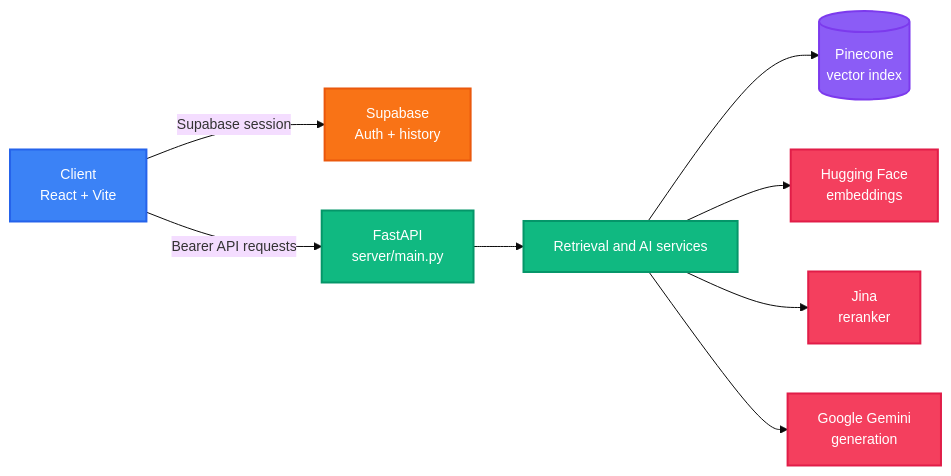
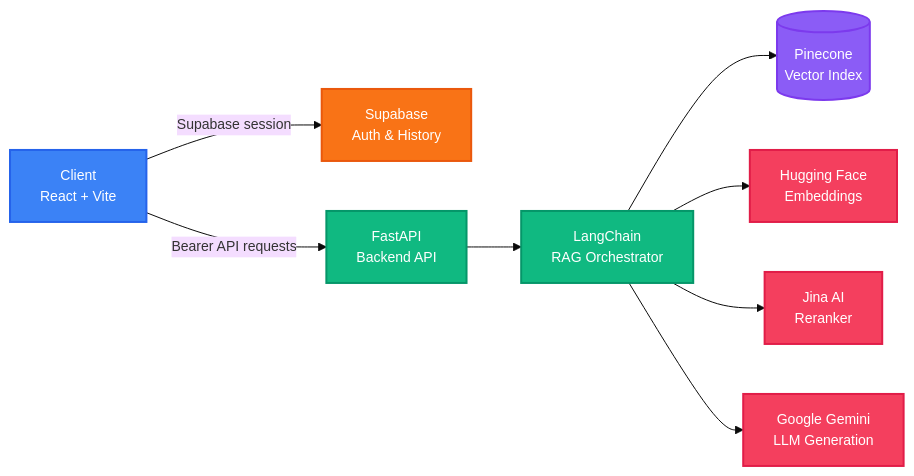
The diagram in README.md (tajul06/AI-Sensei), drawn with Mermaid before and after one commit. The commit also changed other lines of this file, not shown here.

````diff
--- a/README.md
+++ b/README.md
@@ -144,23 +99,23 @@
 ```mermaid
 %%{init: {'theme': 'base', 'themeVariables': {'fontSize': '14px'}}}%%
 graph LR
-		A[Client<br/>React + Vite] -->|Supabase session| B[Supabase<br/>Auth + history]
-		A -->|Bearer API requests| C[FastAPI<br/>server/main.py]
-		C --> D[Retrieval and AI services]
-		D --> E[(Pinecone<br/>vector index)]
-		D --> F[Hugging Face<br/>embeddings]
-		D --> G[Jina<br/>reranker]
-		D --> H[Google Gemini<br/>generation]
+    A[Client<br/>React + Vite] -->|Supabase session| B[Supabase<br/>Auth & History]
+    A -->|Bearer API requests| C[FastAPI<br/>Backend API]
+    C --> D[LangChain<br/>RAG Orchestrator]
+    D --> E[(Pinecone<br/>Vector Index)]
+    D --> F[Hugging Face<br/>Embeddings]
+    D --> G[Jina AI<br/>Reranker]
+    D --> H[Google Gemini<br/>LLM Generation]
 
-		classDef client fill:#3B82F6,stroke:#2563EB,color:#fff,stroke-width:2px
-		classDef service fill:#10B981,stroke:#059669,color:#fff,stroke-width:2px
-		classDef data fill:#8B5CF6,stroke:#7C3AED,color:#fff,stroke-width:2px
-		classDef external fill:#F43F5E,stroke:#E11D48,color:#fff,stroke-width:2px
-		classDef auth fill:#F97316,stroke:#EA580C,color:#fff,stroke-width:2px
+    classDef client fill:#3B82F6,stroke:#2563EB,color:#fff,stroke-width:2px
+    classDef service fill:#10B981,stroke:#059669,color:#fff,stroke-width:2px
+    classDef data fill:#8B5CF6,stroke:#7C3AED,color:#fff,stroke-width:2px
+    classDef external fill:#F43F5E,stroke:#E11D48,color:#fff,stroke-width:2px
+    classDef auth fill:#F97316,stroke:#EA580C,color:#fff,stroke-width:2px
 
-		class A client
-		class C,D service
-		class B auth
-		class E data
-		class F,G,H external
+    class A client
+    class C,D service
+    class B auth
+    class E data
+    class F,G,H external
 ```
````
